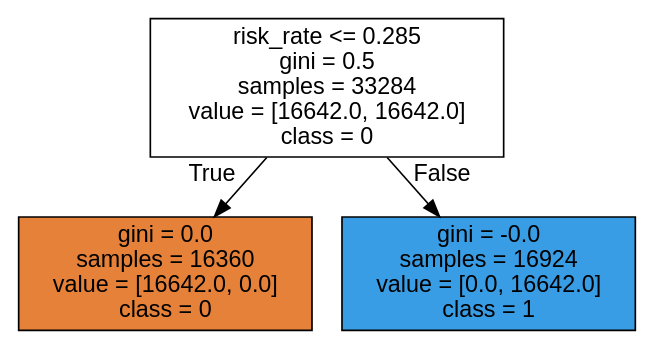
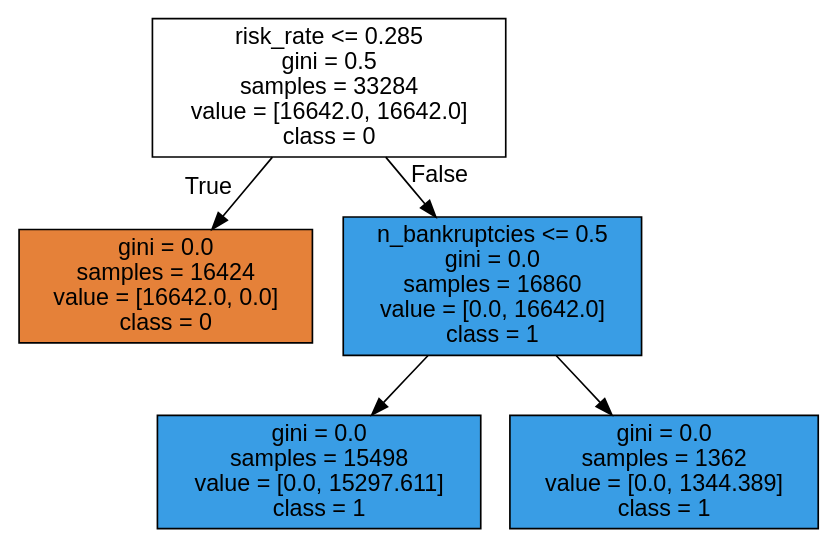
One commit to WesleySouza13/Nubank-Credit-Risk changed the diagram in decision_tree.dot. Above: the diagram before and after it, drawn with Graphviz. The commit also changed 3 other files, not shown here.

```diff
--- a/decision_tree.dot
+++ b/decision_tree.dot
@@ -1,9 +1,13 @@
 digraph Tree {
 node [shape=box, style="filled", color="black", fontname="helvetica"] ;
 edge [fontname="helvetica"] ;
 0 [label="risk_rate <= 0.285\ngini = 0.5\nsamples = 33284\nvalue = [16642.0, 16642.0]\nclass = 0", fillcolor="#ffffff"] ;
-1 [label="gini = 0.0\nsamples = 16360\nvalue = [16642.0, 0.0]\nclass = 0", fillcolor="#e58139"] ;
+1 [label="gini = 0.0\nsamples = 16424\nvalue = [16642.0, 0.0]\nclass = 0", fillcolor="#e58139"] ;
 0 -> 1 [labeldistance=2.5, labelangle=45, headlabel="True"] ;
-2 [label="gini = -0.0\nsamples = 16924\nvalue = [0.0, 16642.0]\nclass = 1", fillcolor="#399de5"] ;
+2 [label="n_bankruptcies <= 0.5\ngini = 0.0\nsamples = 16860\nvalue = [0.0, 16642.0]\nclass = 1", fillcolor="#399de5"] ;
 0 -> 2 [labeldistance=2.5, labelangle=-45, headlabel="False"] ;
+3 [label="gini = 0.0\nsamples = 15498\nvalue = [0.0, 15297.611]\nclass = 1", fillcolor="#399de5"] ;
+2 -> 3 ;
+4 [label="gini = 0.0\nsamples = 1362\nvalue = [0.0, 1344.389]\nclass = 1", fillcolor="#399de5"] ;
+2 -> 4 ;
 }
```
